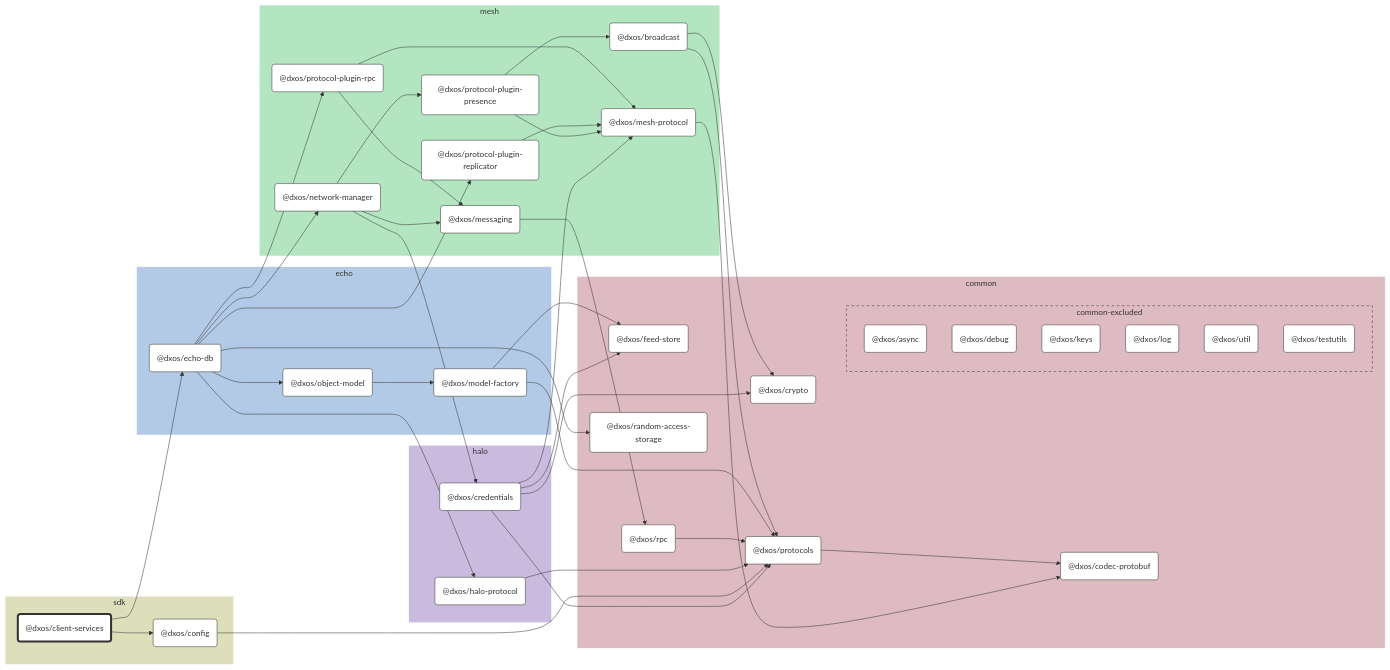
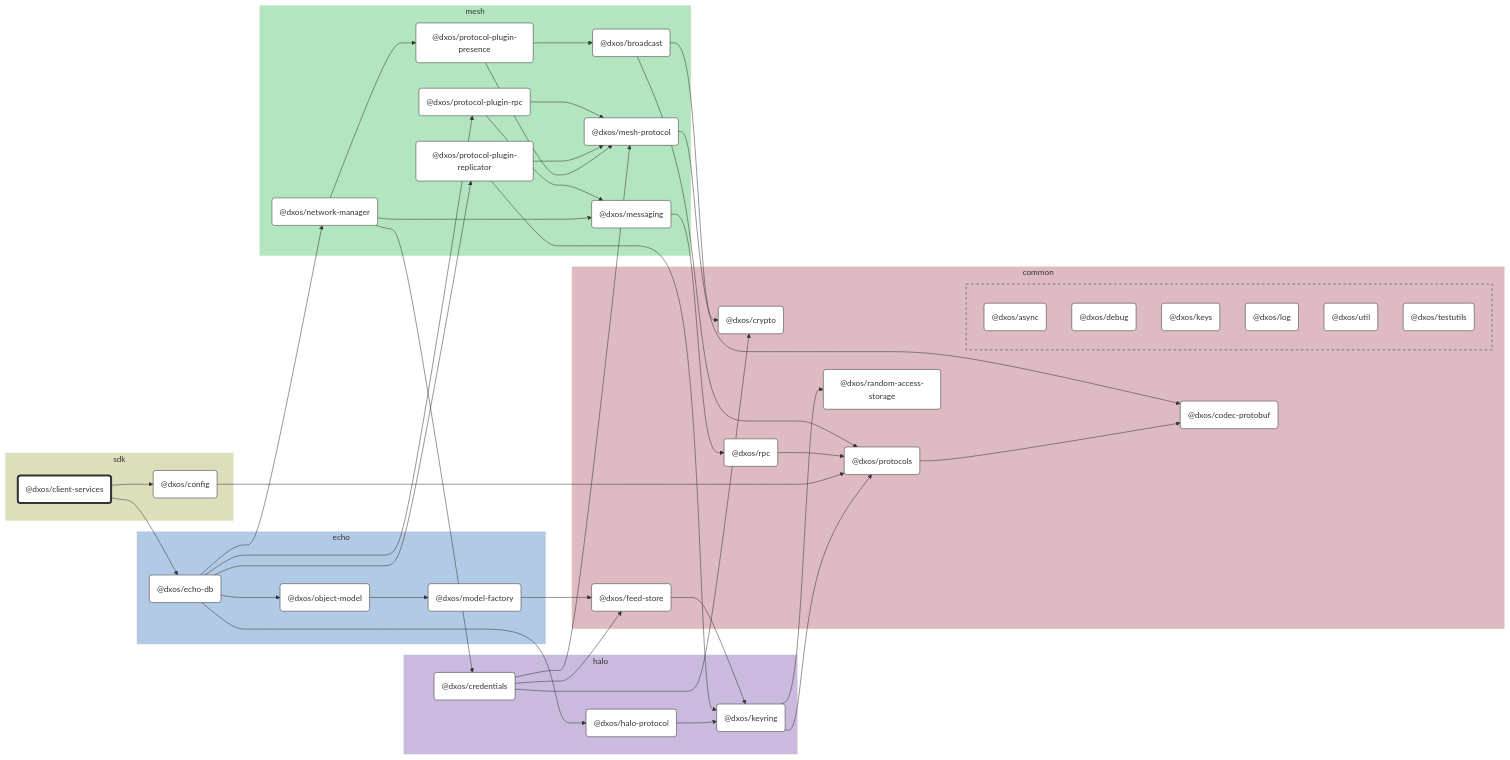
One commit to dxos/dxos changed the diagram in packages/sdk/client-services/docs/README.md. Above: the diagram before and after it, drawn with Mermaid. The commit also changed other lines of this file and 52 other files, not shown here.

```diff
--- a/packages/sdk/client-services/docs/README.md
+++ b/packages/sdk/client-services/docs/README.md
@@ -33,12 +33,12 @@
   click dxos/feed-store "dxos/dxos/tree/main/packages/common/feed-store/docs"
   dxos/protocols("@dxos/protocols"):::def
   click dxos/protocols "dxos/dxos/tree/main/packages/common/protocols/docs"
+  dxos/random-access-storage("@dxos/random-access-storage"):::def
+  click dxos/random-access-storage "dxos/dxos/tree/main/packages/common/random-access-storage/docs"
   dxos/rpc("@dxos/rpc"):::def
   click dxos/rpc "dxos/dxos/tree/main/packages/common/rpc/docs"
-  dxos/random-access-storage("@dxos/random-access-storage"):::def
-  click dxos/random-access-storage "dxos/dxos/tree/main/packages/common/random-access-storage/docs"
 
-  subgraph common-excluded [common-excluded]
+  subgraph common-excluded [ ]
     style common-excluded fill:#debac2,stroke:#333,stroke-dasharray:5 5
     dxos/async("@dxos/async"):::def
     click dxos/async "dxos/dxos/tree/main/packages/common/async/docs"
@@ -59,6 +59,8 @@
   style halo fill:#cabade,stroke:#fff
   dxos/credentials("@dxos/credentials"):::def
   click dxos/credentials "dxos/dxos/tree/main/packages/halo/credentials/docs"
+  dxos/keyring("@dxos/keyring"):::def
+  click dxos/keyring "dxos/dxos/tree/main/packages/halo/keyring/docs"
   dxos/halo-protocol("@dxos/halo-protocol"):::def
   click dxos/halo-protocol "dxos/dxos/tree/main/packages/halo/halo-protocol/docs"
 end
@@ -95,19 +97,20 @@
 linkStyle default stroke:#333,stroke-width:1px
 dxos/credentials --> dxos/crypto
 dxos/credentials --> dxos/feed-store
+dxos/feed-store --> dxos/keyring
+dxos/keyring --> dxos/protocols
+dxos/protocols --> dxos/codec-protobuf
+dxos/keyring --> dxos/random-access-storage
 dxos/credentials --> dxos/mesh-protocol
 dxos/mesh-protocol --> dxos/codec-protobuf
-dxos/credentials --> dxos/protocols
-dxos/protocols --> dxos/codec-protobuf
 dxos/client-services --> dxos/config
 dxos/config --> dxos/protocols
 dxos/client-services --> dxos/echo-db
 dxos/echo-db --> dxos/halo-protocol
-dxos/halo-protocol --> dxos/protocols
+dxos/halo-protocol --> dxos/keyring
 dxos/messaging --> dxos/rpc
 dxos/rpc --> dxos/protocols
 dxos/model-factory --> dxos/feed-store
-dxos/model-factory --> dxos/protocols
 dxos/echo-db --> dxos/network-manager
 dxos/network-manager --> dxos/credentials
 dxos/network-manager --> dxos/messaging
@@ -119,8 +122,8 @@
 dxos/echo-db --> dxos/object-model
 dxos/object-model --> dxos/model-factory
 dxos/echo-db --> dxos/protocol-plugin-replicator
+dxos/protocol-plugin-replicator --> dxos/keyring
 dxos/protocol-plugin-replicator --> dxos/mesh-protocol
-dxos/echo-db --> dxos/random-access-storage
 dxos/echo-db --> dxos/protocol-plugin-rpc
 dxos/protocol-plugin-rpc --> dxos/messaging
 dxos/protocol-plugin-rpc --> dxos/mesh-protocol
```
